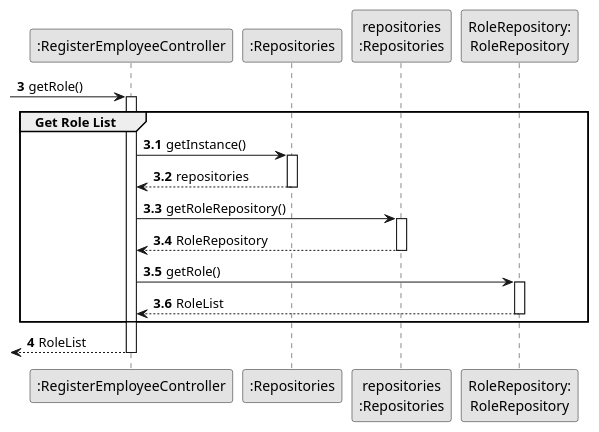
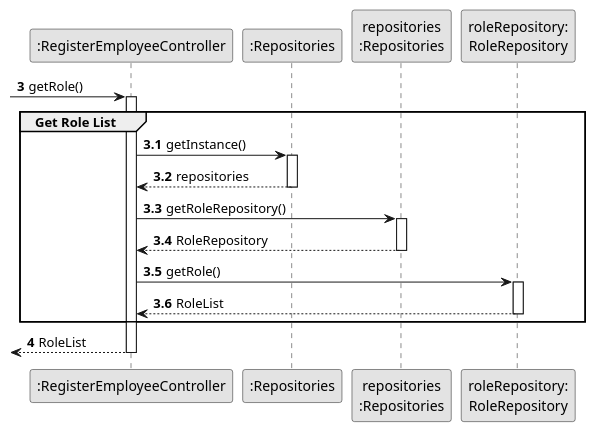
Before and after one commit to rita-barbosa/LAPR2-2223: the diagram in docs/sprintB/us003/03.design/puml/us003-sequence-diagram-partial-get-role-list.puml, drawn with PlantUML. The commit also changed 5 other files, not shown here.

```diff
--- a/docs/sprintB/us003/03.design/puml/us003-sequence-diagram-partial-get-role-list.puml
+++ b/docs/sprintB/us003/03.design/puml/us003-sequence-diagram-partial-get-role-list.puml
@@ -1,48 +1,48 @@
 @startuml
 skinparam monochrome true
 skinparam packageStyle rectangle
 skinparam shadowing false
 
 autonumber
 
 'hide footbox
 
 participant ":RegisterEmployeeController" as CTRL
 participant ":Repositories" as RepositorySingleton
 participant "repositories\n:Repositories" as PLAT
-participant "RoleRepository:\nRoleRepository" as RoleRepository
+participant "roleRepository:\nRoleRepository" as RoleRepository
 
 autonumber 3
 
  -> CTRL : getRole()
 autonumber 3.1
 activate CTRL
     group Get Role List
 
 
             CTRL -> RepositorySingleton : getInstance()
             activate RepositorySingleton
 
                 RepositorySingleton --> CTRL: repositories
             deactivate RepositorySingleton
 
             CTRL -> PLAT : getRoleRepository()
             activate PLAT
 
                 PLAT --> CTRL: RoleRepository
             deactivate PLAT
 
             CTRL -> RoleRepository : getRole()
             activate RoleRepository
 
                 RoleRepository --> CTRL : RoleList
             deactivate RoleRepository
 
 
     end
     autonumber 4
     <-- CTRL  : RoleList
 deactivate CTRL
 
 
 @enduml
```
